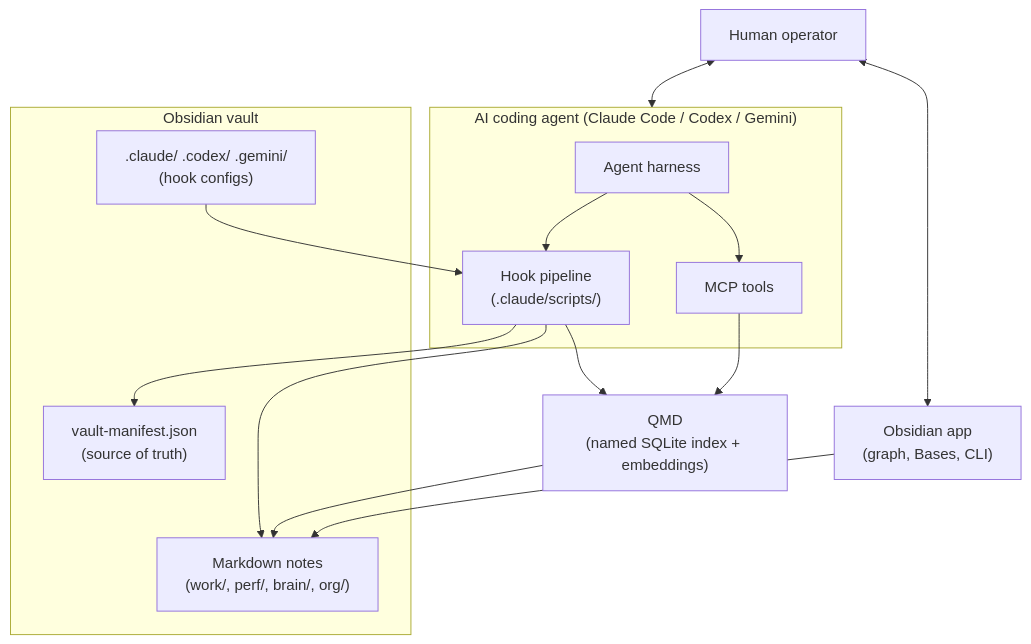
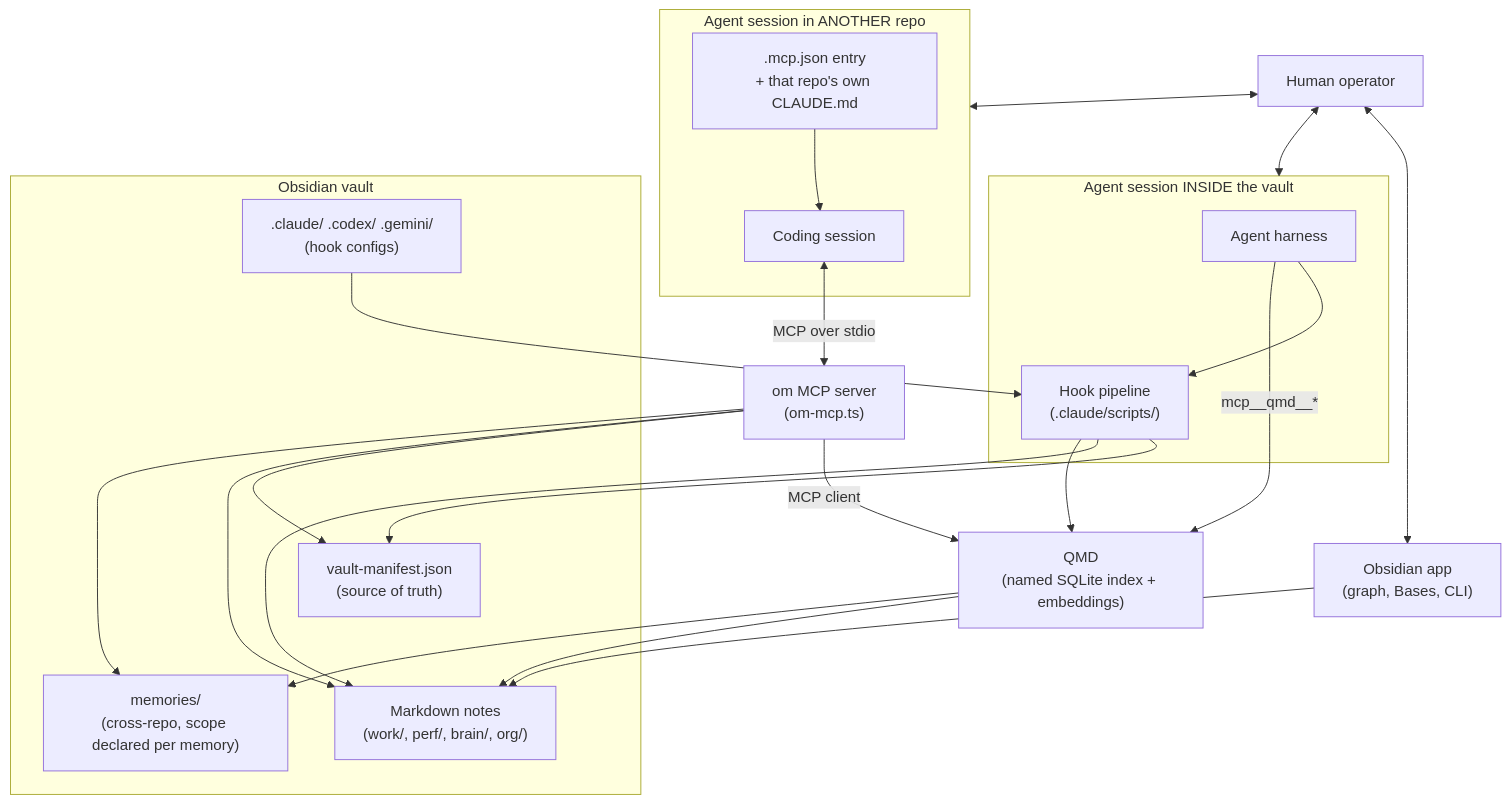
One commit to OfirGavish/obsidian-mind changed the first of 18 diagrams in ARCHITECTURE.md. Above: the diagram before and after it, drawn with Mermaid. The commit also changed other lines of this file and 48 other files, not shown here.

First line of the commit message:
feat: reach the vault from any repo — MCP server and scoped cross-repo memory (#161)

````diff
--- a/ARCHITECTURE.md
+++ b/ARCHITECTURE.md
@@ -19,28 +22,40 @@
 ```mermaid
 flowchart TB
     User["Human operator"]
-    subgraph Agent["AI coding agent (Claude Code / Codex / Gemini)"]
+    subgraph Agent["Agent session INSIDE the vault"]
         Harness["Agent harness"]
         Hooks["Hook pipeline<br/>(.claude/scripts/)"]
-        MCP["MCP tools"]
+    end
+    subgraph Foreign["Agent session in ANOTHER repo"]
+        FSession["Coding session"]
+        FConfig[".mcp.json entry<br/>+ that repo's own CLAUDE.md"]
     end
     subgraph Vault["Obsidian vault"]
         Manifest["vault-manifest.json<br/>(source of truth)"]
         Notes["Markdown notes<br/>(work/, perf/, brain/, org/)"]
+        Memories["memories/<br/>(cross-repo, scope declared per memory)"]
         Config[".claude/ .codex/ .gemini/<br/>(hook configs)"]
     end
+    OM["om MCP server<br/>(om-mcp.ts)"]
     QMD["QMD<br/>(named SQLite index + embeddings)"]
     Obsidian["Obsidian app<br/>(graph, Bases, CLI)"]
 
     User <--> Agent
+    User <--> Foreign
     User <--> Obsidian
     Harness --> Hooks
-    Harness --> MCP
+    Harness -->|"mcp__qmd__*"| QMD
     Hooks --> Manifest
     Hooks --> Notes
     Hooks --> QMD
-    MCP --> QMD
+    Config --> Hooks
+    FConfig --> FSession
+    FSession <-->|"MCP over stdio"| OM
+    OM --> Manifest
+    OM --> Notes
+    OM --> Memories
+    OM -->|"MCP client"| QMD
     QMD --> Notes
+    QMD --> Memories
     Obsidian --> Notes
-    Config --> Hooks
 ```
````
